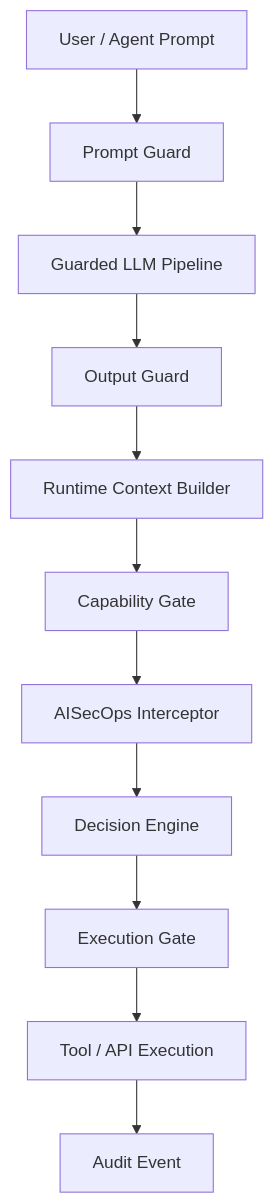
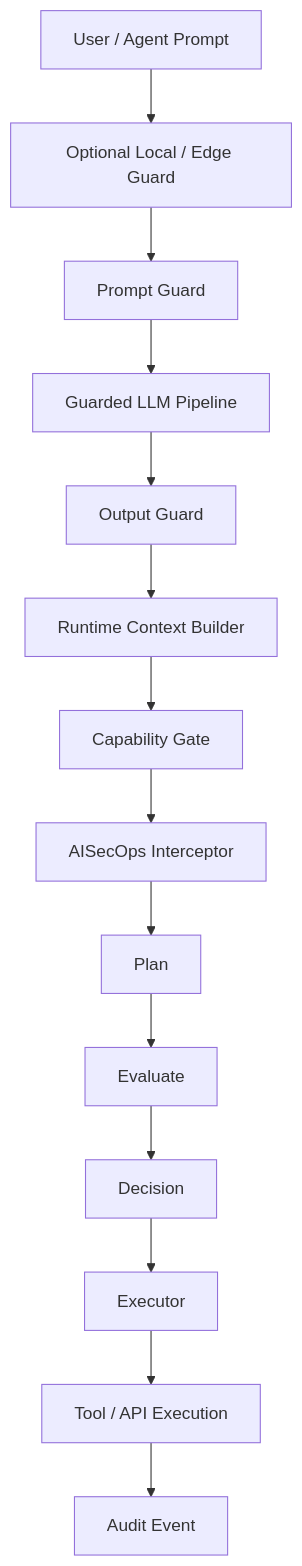
The fourth of 6 diagrams in README.md (viplavfauzdar/aisecops-interceptor), drawn with Mermaid before and after one commit. The commit also changed other lines of this file, not shown here.

Commit message:
Refresh README architecture docs

````diff
--- a/README.md
+++ b/README.md
@@ -742,25 +754,18 @@
 ```mermaid
 flowchart TD
 
 A[User / Agent Prompt]
-
-A --> B[Prompt Guard]
-
-B --> C[Guarded LLM Pipeline]
-
-C --> D[Output Guard]
-
-D --> E[Runtime Context Builder]
-
-E --> F[Capability Gate]
-
-F --> G[AISecOps Interceptor]
-
-G --> H[Decision Engine]
-
-H --> I[Execution Gate]
-
-I --> J[Tool / API Execution]
-
-J --> K[Audit Event]
+A --> B[Optional Local / Edge Guard]
+B --> C[Prompt Guard]
+C --> D[Guarded LLM Pipeline]
+D --> E[Output Guard]
+E --> F[Runtime Context Builder]
+F --> G[Capability Gate]
+G --> H[AISecOps Interceptor]
+H --> I[Plan]
+I --> J[Evaluate]
+J --> K[Decision]
+K --> L[Executor]
+L --> M[Tool / API Execution]
+M --> N[Audit Event]
 ```
````
